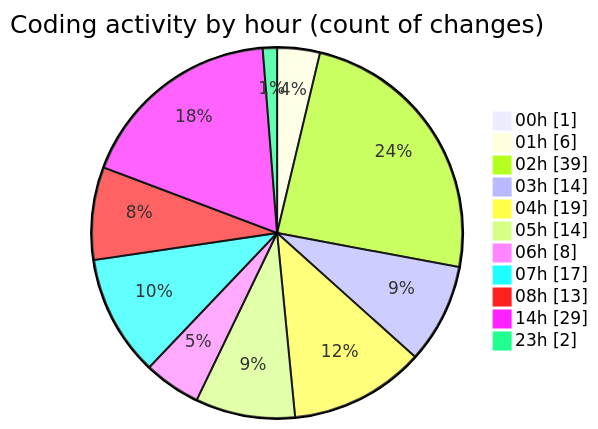
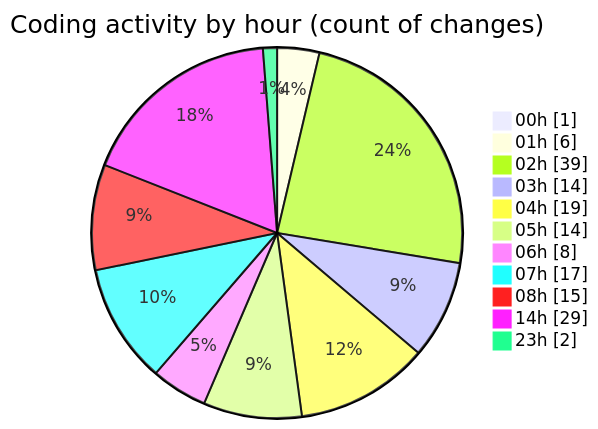
The second of 2 diagrams in 2025-02-19/masm/README.md (charlie-sans/code-tracking), drawn with Mermaid before and after one commit. The commit also changed other lines of this file and 1 other file, not shown here.

````diff
--- a/2025-02-19/masm/README.md
+++ b/2025-02-19/masm/README.md
@@ -54,15 +54,15 @@
 ```mermaid
 pie showData
 title Coding activity by hour (count of changes)
 "00h" : 1
 "01h" : 6
 "02h" : 39
 "03h" : 14
 "04h" : 19
 "05h" : 14
 "06h" : 8
 "07h" : 17
-"08h" : 13
+"08h" : 15
 "14h" : 29
 "23h" : 2
 ```
````
